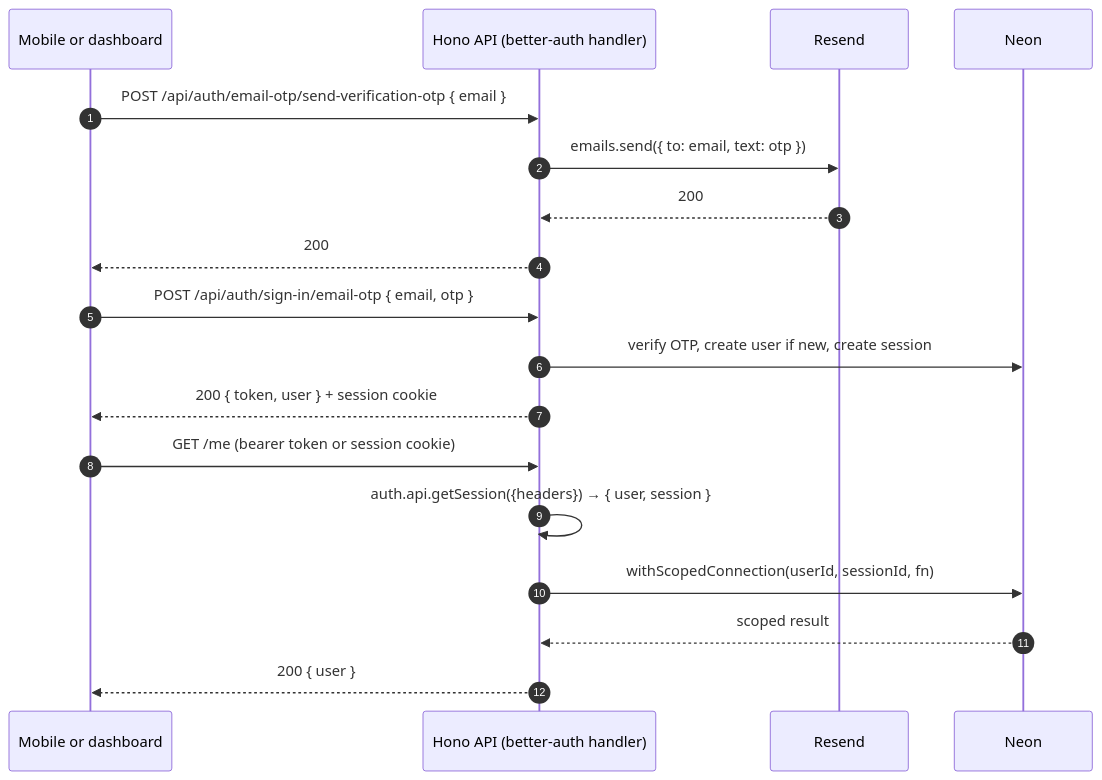
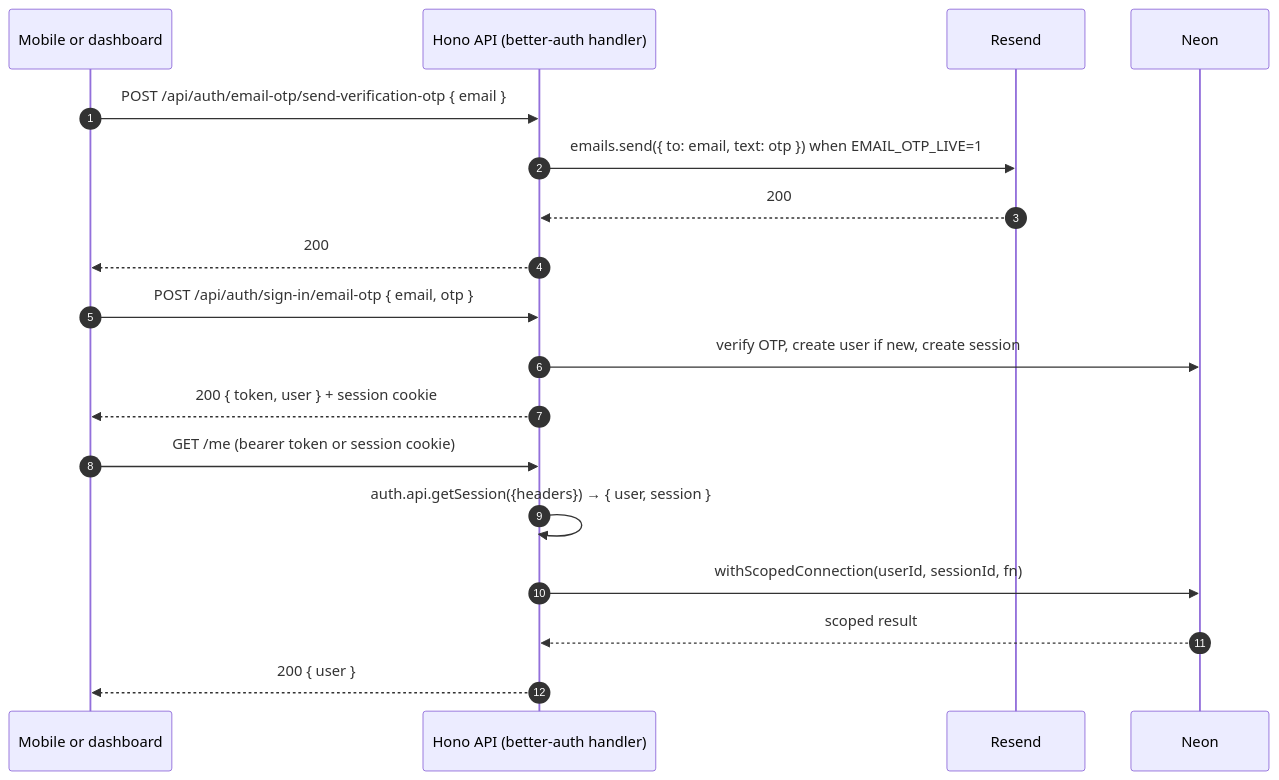
Before and after one commit to patrickchin/harpa-pro: the diagram in docs/v4/arch-auth-and-rls.md, drawn with Mermaid. The commit also changed other lines of this file and 100 other files, not shown here.

````diff
--- a/docs/v4/arch-auth-and-rls.md
+++ b/docs/v4/arch-auth-and-rls.md
@@ -35,23 +35,23 @@
 ```mermaid
 sequenceDiagram
   autonumber
   participant App as Mobile or dashboard
   participant API as Hono API (better-auth handler)
   participant R as Resend
   participant DB as Neon
 
   App->>API: POST /api/auth/email-otp/send-verification-otp { email }
-  API->>R: emails.send({ to: email, text: otp })
+  API->>R: emails.send({ to: email, text: otp }) when EMAIL_OTP_LIVE=1
   R-->>API: 200
   API-->>App: 200
 
   App->>API: POST /api/auth/sign-in/email-otp { email, otp }
   API->>DB: verify OTP, create user if new, create session
   API-->>App: 200 { token, user } + session cookie
 
   App->>API: GET /me (bearer token or session cookie)
   API->>API: auth.api.getSession({headers}) → { user, session }
   API->>DB: withScopedConnection(userId, sessionId, fn)
   DB-->>API: scoped result
   API-->>App: 200 { user }
 ```
````
